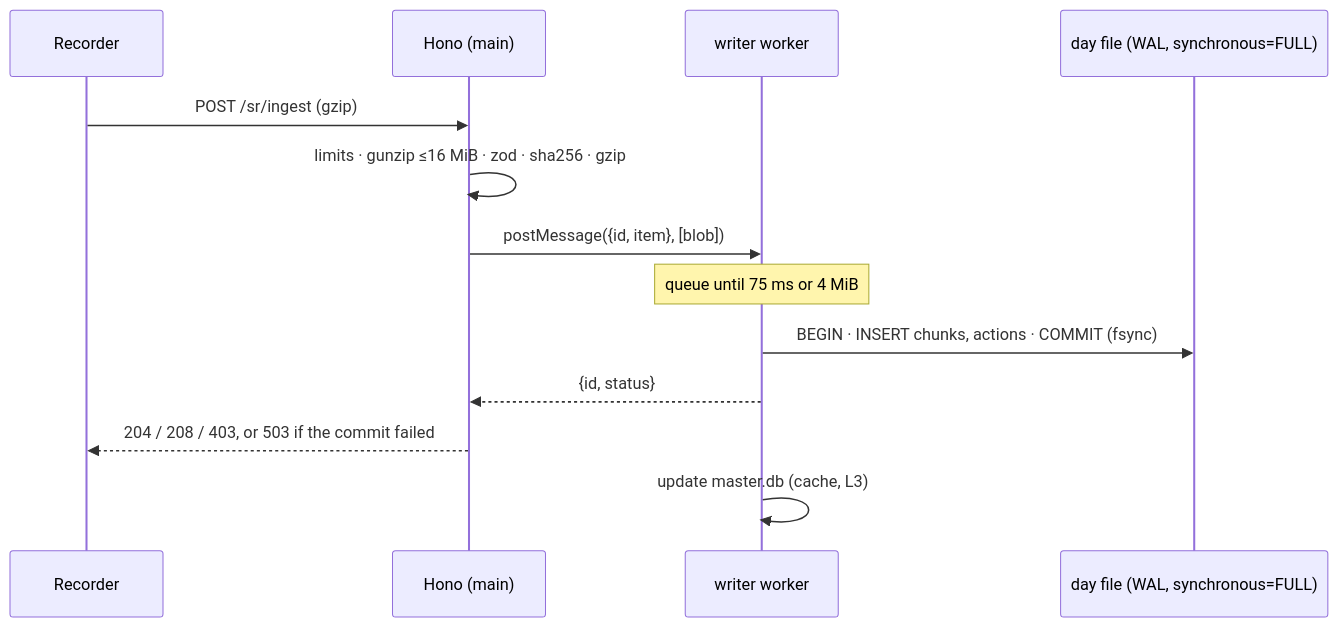
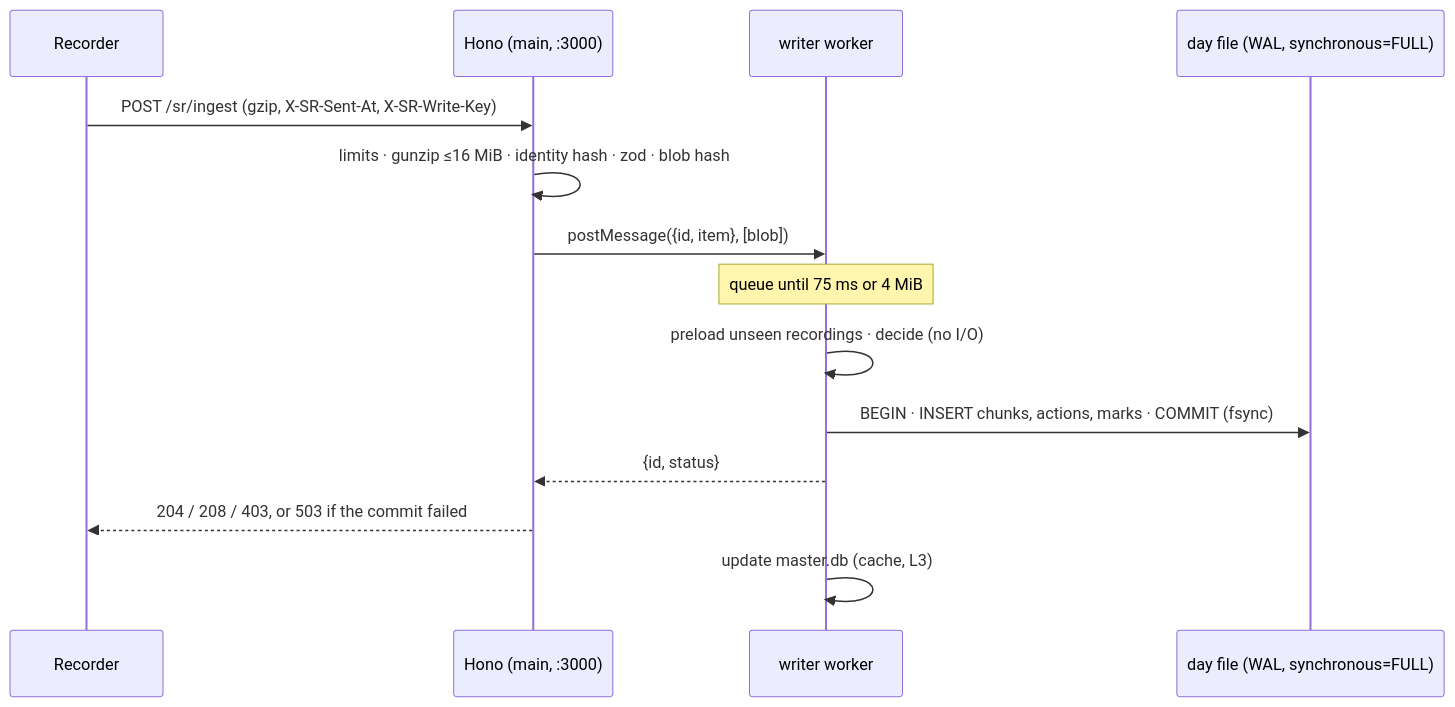
One commit to akhilshastri/session-replay changed the second of 2 diagrams in plan/05-server.md. Above: the diagram before and after it, drawn with Mermaid. The commit also changed other lines of this file and 9 other files, not shown here.

Commit message:
0008: architect + devil review merged - gate-only rate caps, stored-gzip chunks, raw client time, write key, two ports, ConfigMap admin, dependency scheduling; sub-plans revised

````diff
--- a/plan/05-server.md
+++ b/plan/05-server.md
@@ -125,15 +177,16 @@
 ```mermaid
 sequenceDiagram
   participant B as Recorder
-  participant H as Hono (main)
+  participant H as Hono (main, :3000)
   participant W as writer worker
   participant D as day file (WAL, synchronous=FULL)
-  B->>H: POST /sr/ingest (gzip)
-  H->>H: limits · gunzip ≤16 MiB · zod · sha256 · gzip
+  B->>H: POST /sr/ingest (gzip, X-SR-Sent-At, X-SR-Write-Key)
+  H->>H: limits · gunzip ≤16 MiB · identity hash · zod · blob hash
   H->>W: postMessage({id, item}, [blob])
   Note over W: queue until 75 ms or 4 MiB
-  W->>D: BEGIN · INSERT chunks, actions · COMMIT (fsync)
+  W->>W: preload unseen recordings · decide (no I/O)
+  W->>D: BEGIN · INSERT chunks, actions, marks · COMMIT (fsync)
   W-->>H: {id, status}
   H-->>B: 204 / 208 / 403, or 503 if the commit failed
   W->>W: update master.db (cache, L3)
 ```
````
